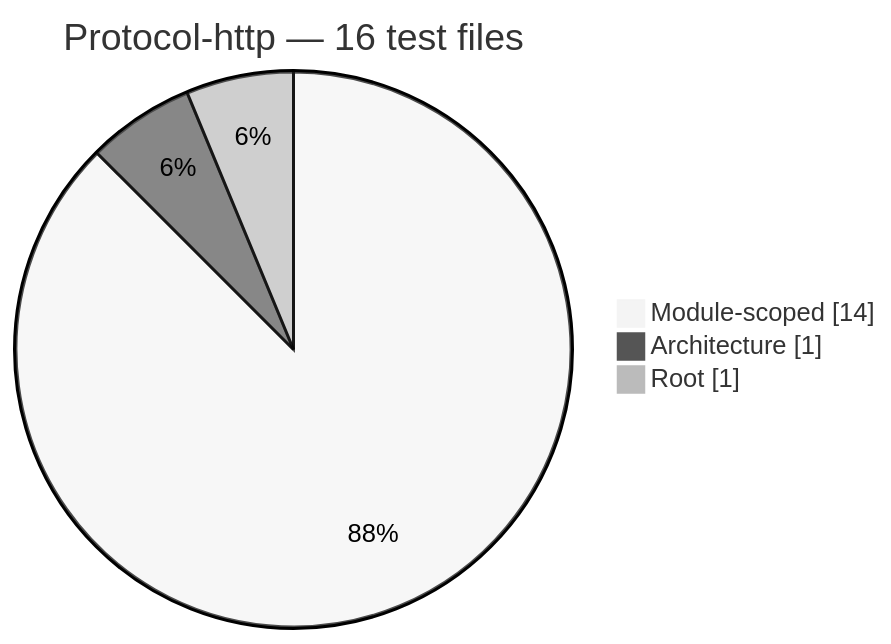
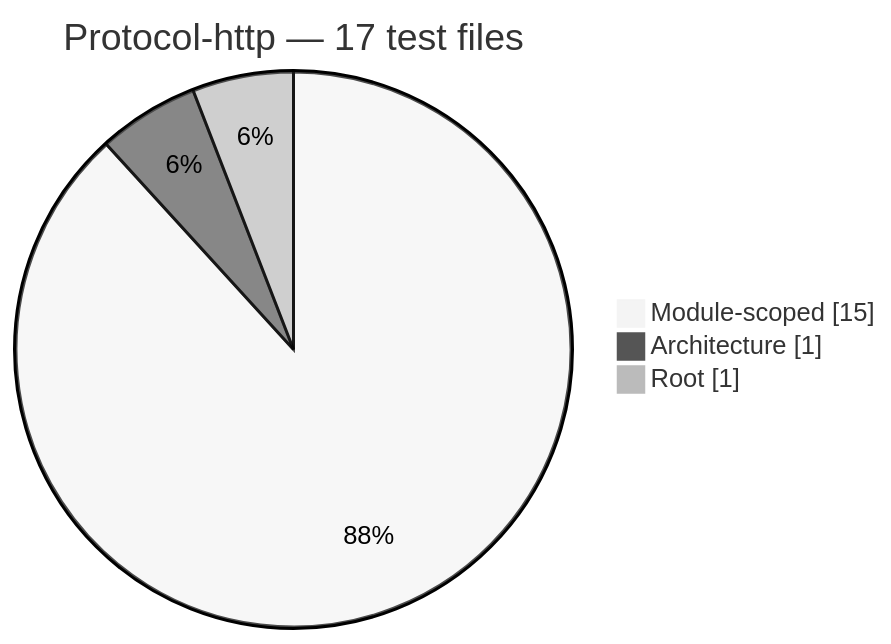
The ninth of 13 diagrams in docs/generated/test-composition.md (PHP-Arazzo/php-arazzo), drawn with Mermaid (neutral theme) before and after one commit. The commit also changed other lines of this file and 17 other files, not shown here.

Commit message:
docs(generated): regenerate architecture diagrams and API docs for HttpPolicy safety bounds

````diff
--- a/docs/generated/test-composition.md
+++ b/docs/generated/test-composition.md
@@ -134,7 +134,7 @@
 ```mermaid
 pie showData
-    title Protocol-http — 16 test files
-    "Module-scoped": 14
+    title Protocol-http — 17 test files
+    "Module-scoped": 15
     "Architecture": 1
     "Root": 1
 ```
````
